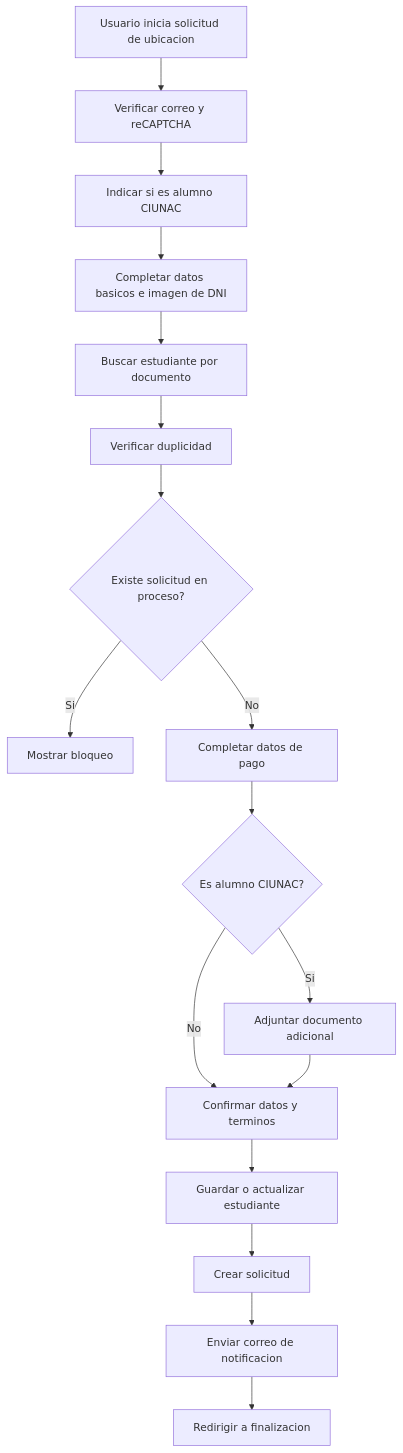
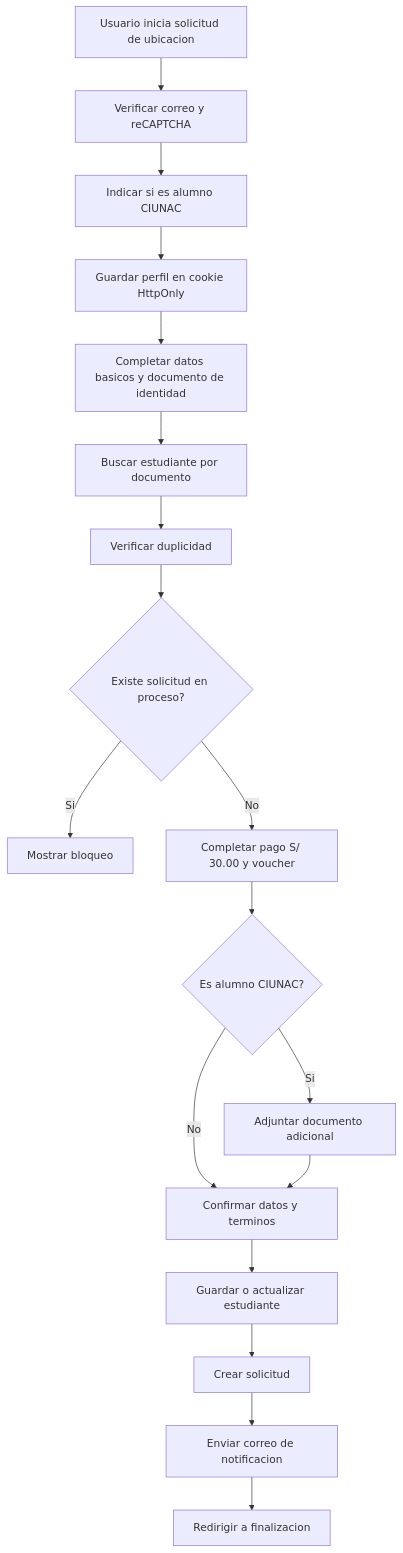
Before and after one commit to luismiguelgs/ciunac-sol-1.3: the first of 2 diagrams in docs/requirements/use-cases/solicitud-ubicacion.md, drawn with Mermaid. The commit also changed other lines of this file and 334 other files, not shown here.

````diff
--- a/docs/requirements/use-cases/solicitud-ubicacion.md
+++ b/docs/requirements/use-cases/solicitud-ubicacion.md
@@ -36,19 +36,20 @@
 ```mermaid
 flowchart TD
     Start["Usuario inicia solicitud de ubicacion"] --> Email["Verificar correo y reCAPTCHA"]
     Email --> StudentType["Indicar si es alumno CIUNAC"]
-    StudentType --> Basic["Completar datos basicos e imagen de DNI"]
+    StudentType --> Profile["Guardar perfil en cookie HttpOnly"]
+    Profile --> Basic["Completar datos basicos y documento de identidad"]
     Basic --> StudentSearch["Buscar estudiante por documento"]
     StudentSearch --> Duplicate["Verificar duplicidad"]
     Duplicate --> DuplicateResult{"Existe solicitud en proceso?"}
     DuplicateResult -->|Si| Block["Mostrar bloqueo"]
-    DuplicateResult -->|No| Payment["Completar datos de pago"]
+    DuplicateResult -->|No| Payment["Completar pago S/ 30.00 y voucher"]
     Payment --> Docs{"Es alumno CIUNAC?"}
     Docs -->|Si| Upload["Adjuntar documento adicional"]
     Docs -->|No| Confirm["Confirmar datos y terminos"]
     Upload --> Confirm
     Confirm --> SaveStudent["Guardar o actualizar estudiante"]
     SaveStudent --> SaveRequest["Crear solicitud"]
     SaveRequest --> Mail["Enviar correo de notificacion"]
     Mail --> Finish["Redirigir a finalizacion"]
 ```
````
